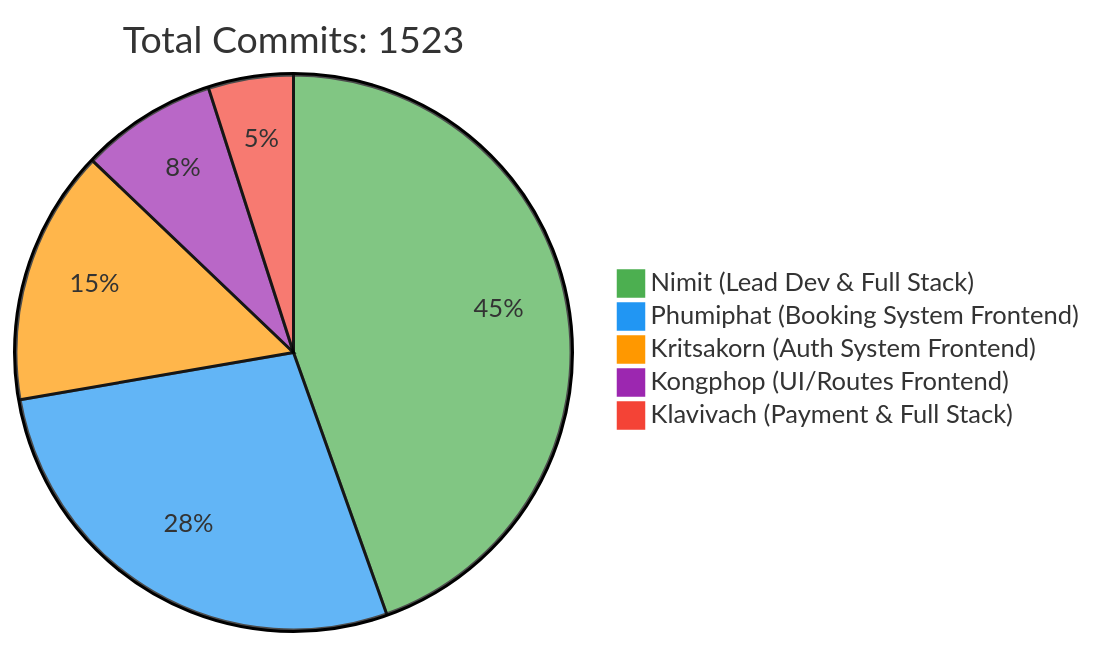
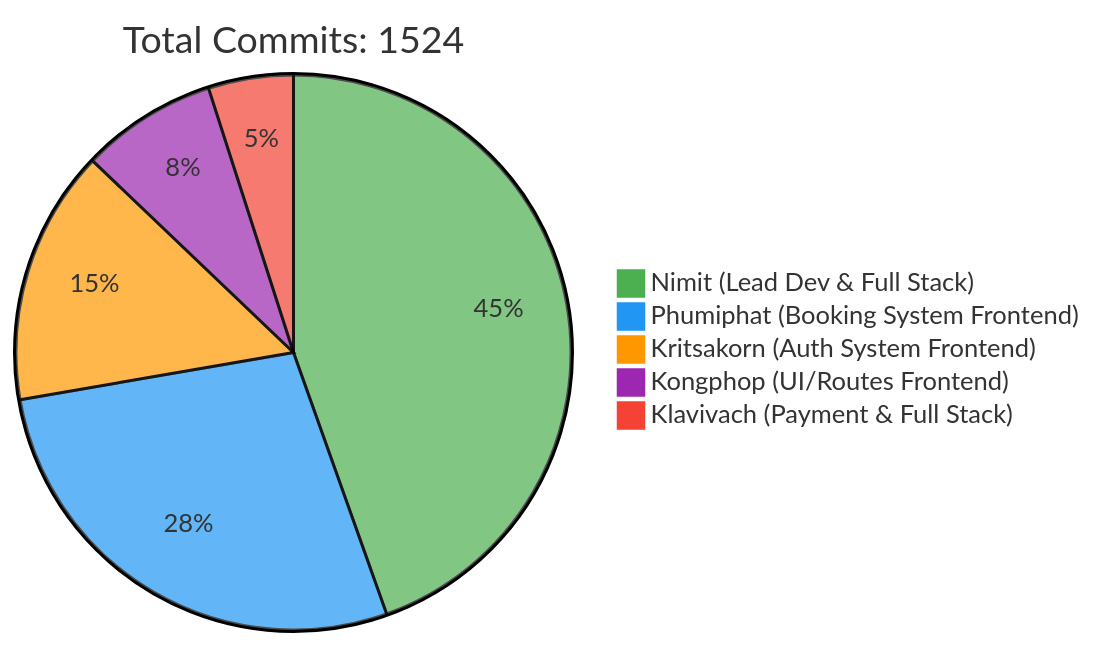
One commit to 6531503042/Sport-Complex changed the first of 2 diagrams in README.md. Above: the diagram before and after it, drawn with Mermaid. The commit also changed other lines of this file, not shown here.

Commit message:
docs: Update contributor statistics [skip ci]

````diff
--- a/README.md
+++ b/README.md
@@ -257,10 +257,10 @@
 ```mermaid
 %%{init: {'theme': 'base', 'themeVariables': { 'pie1': '#4CAF50', 'pie2': '#2196F3', 'pie3': '#FF9800', 'pie4': '#9C27B0', 'pie5': '#F44336'}}}%%
 pie
-    title Total Commits: 1523
+    title Total Commits: 1524
     "Nimit (Lead Dev & Full Stack)" : 450
     "Phumiphat (Booking System Frontend)" : 280
     "Kritsakorn (Auth System Frontend)" : 150
     "Kongphop (UI/Routes Frontend)" : 80
     "Klavivach (Payment & Full Stack)" : 50
 ```
````
